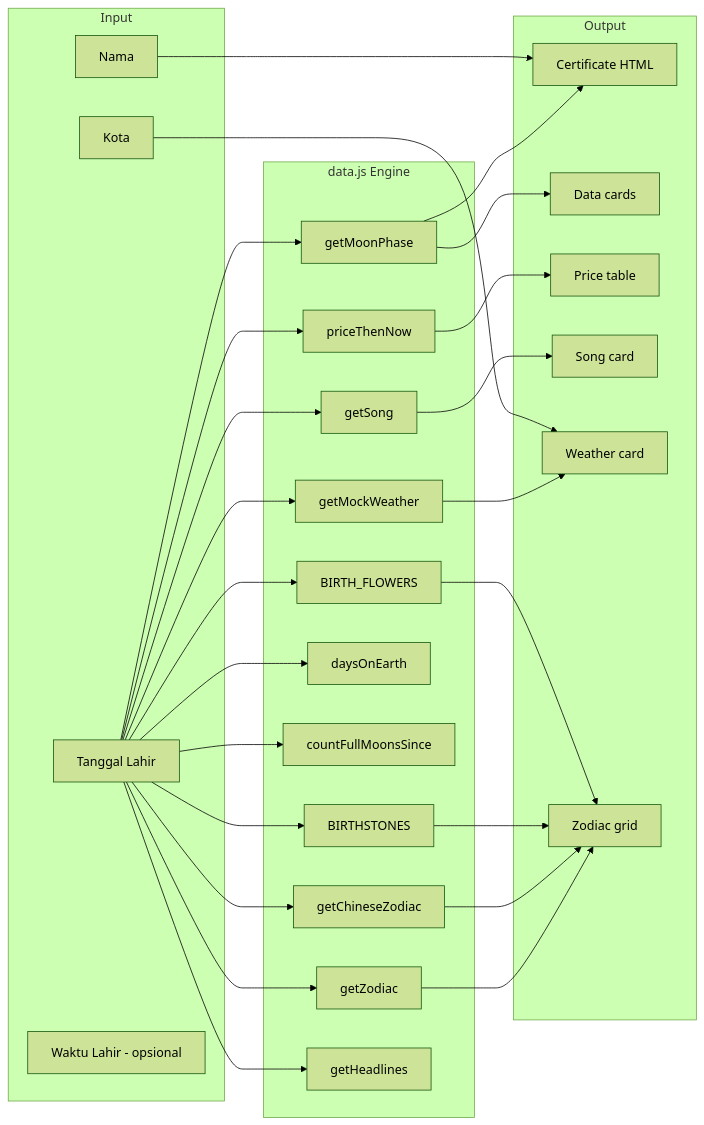
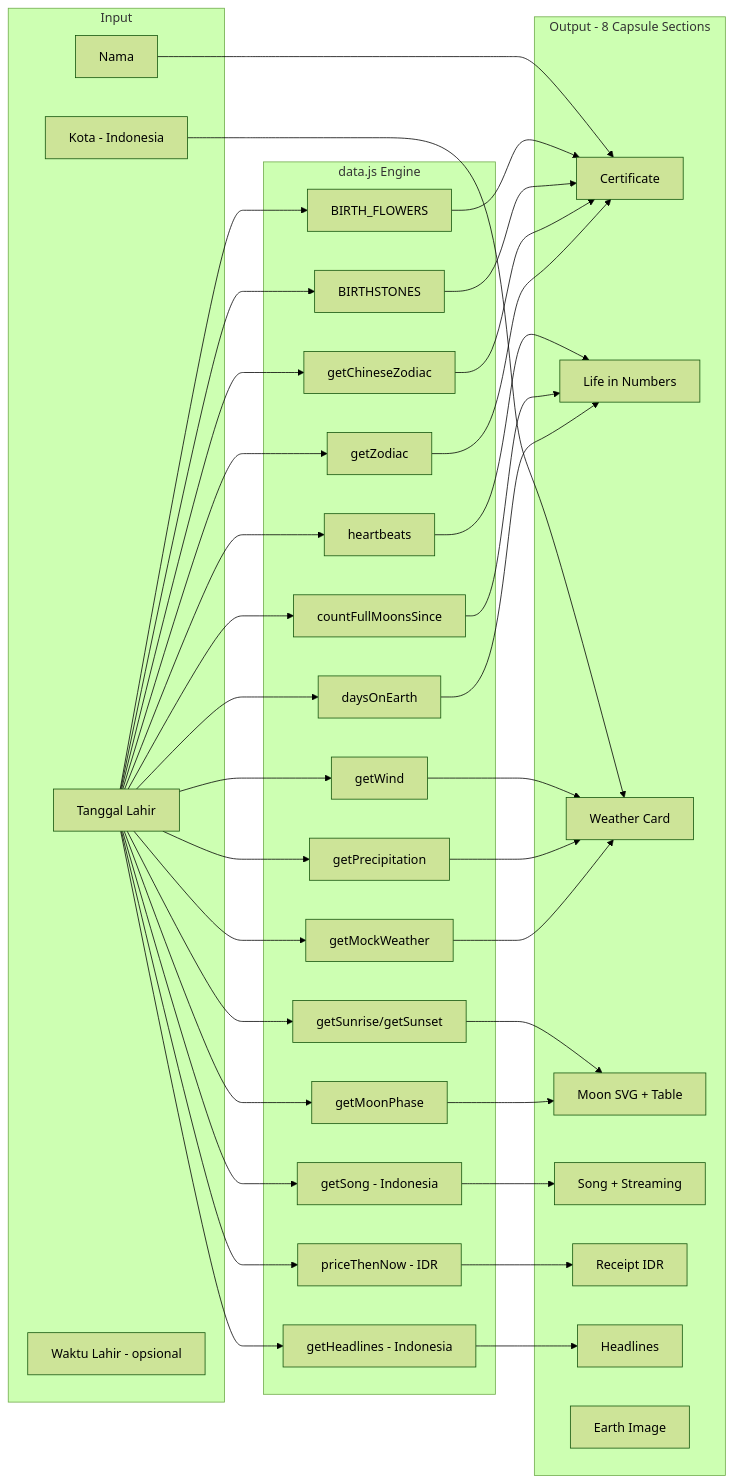
The second of 2 diagrams in README.md (el-pablos/tams-bornhere-app), drawn with Mermaid (forest theme) before and after one commit. The commit also changed other lines of this file and 12 other files, not shown here.

Commit message:
docs: update readme lengkap dengan 8 capsule section data indonesia harga idr lagu indonesia headline sejarah dan screenshot baru

````diff
--- a/README.md
+++ b/README.md
@@ -148,43 +189,51 @@
 ```mermaid
 flowchart LR
     subgraph Input
         A1[Nama]
         A2[Tanggal Lahir]
-        A3[Kota]
+        A3[Kota - Indonesia]
         A4[Waktu Lahir - opsional]
     end
     
     subgraph data.js Engine
         B1[getMoonPhase]
         B2[getZodiac]
         B3[getChineseZodiac]
         B4[BIRTHSTONES]
         B5[BIRTH_FLOWERS]
         B6[daysOnEarth]
         B7[countFullMoonsSince]
-        B8[priceThenNow]
-        B9[getSong]
+        B8[priceThenNow - IDR]
+        B9[getSong - Indonesia]
         B10[getMockWeather]
-        B11[getHeadlines]
+        B11[getHeadlines - Indonesia]
+        B12[heartbeats]
+        B13[getSunrise/getSunset]
+        B14[getPrecipitation]
+        B15[getWind]
     end
     
-    subgraph Output
-        C1[Certificate HTML]
-        C2[Data cards]
-        C3[Price table]
-        C4[Song card]
-        C5[Weather card]
-        C6[Zodiac grid]
+    subgraph Output - 8 Capsule Sections
+        C1[Certificate]
+        C2[Life in Numbers]
+        C3[Weather Card]
+        C4[Moon SVG + Table]
+        C5[Song + Streaming]
+        C6[Receipt IDR]
+        C7[Headlines]
+        C8[Earth Image]
     end
     
-    A2 --> B1 & B2 & B3 & B6 & B7 & B8 & B9 & B10 & B11
+    A2 --> B1 & B2 & B3 & B6 & B7 & B8 & B9 & B10 & B11 & B12 & B13 & B14 & B15
     A2 --> B4 & B5
-    B1 --> C2
-    B2 & B3 & B4 & B5 --> C6
-    B8 --> C3
-    B9 --> C4
-    B10 --> C5
-    B1 --> C1
+    B1 --> C4
+    B2 & B3 & B4 & B5 --> C1
+    B6 & B7 & B12 --> C2
+    B10 & B14 & B15 --> C3
+    B8 --> C6
+    B9 --> C5
+    B11 --> C7
+    B13 --> C4
     A1 --> C1
-    A3 --> C5
+    A3 --> C3
 ```
````
